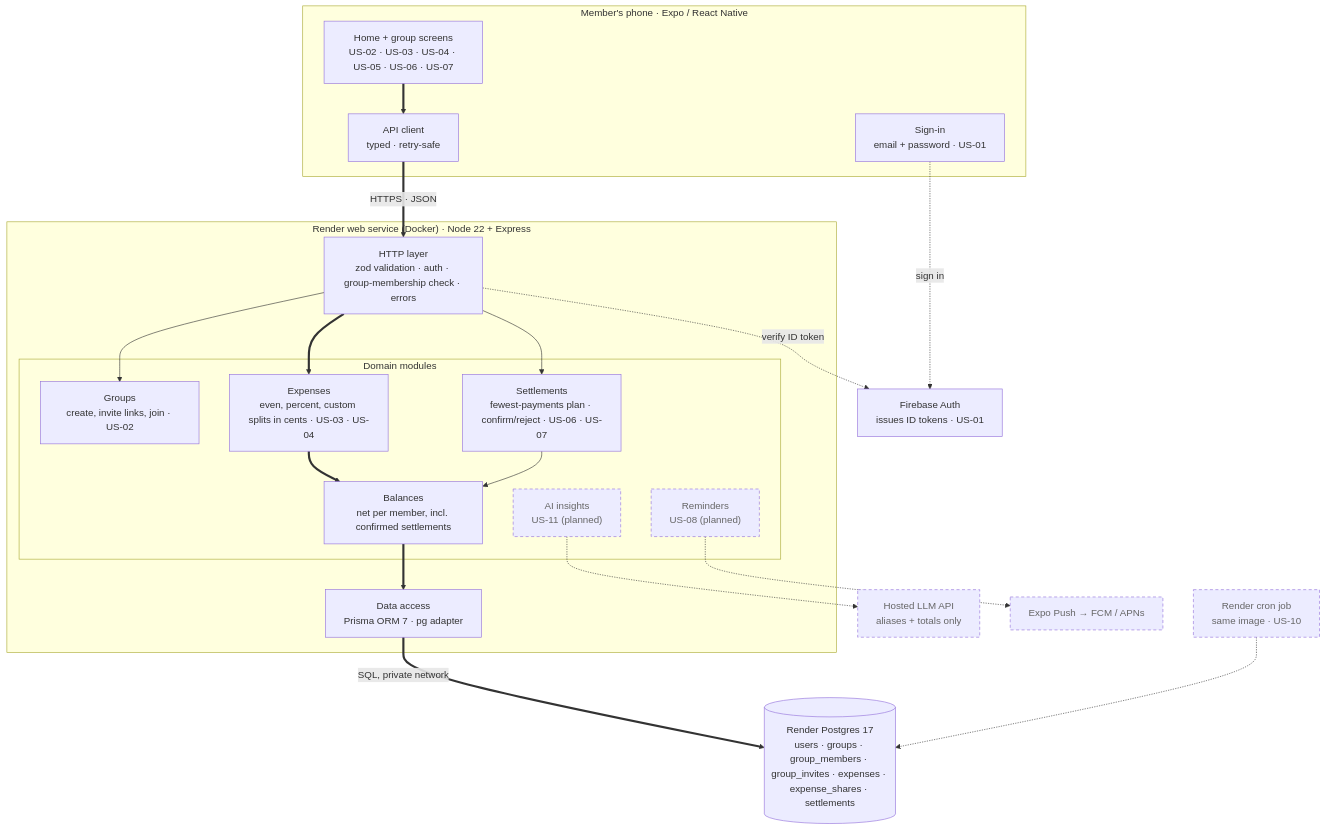
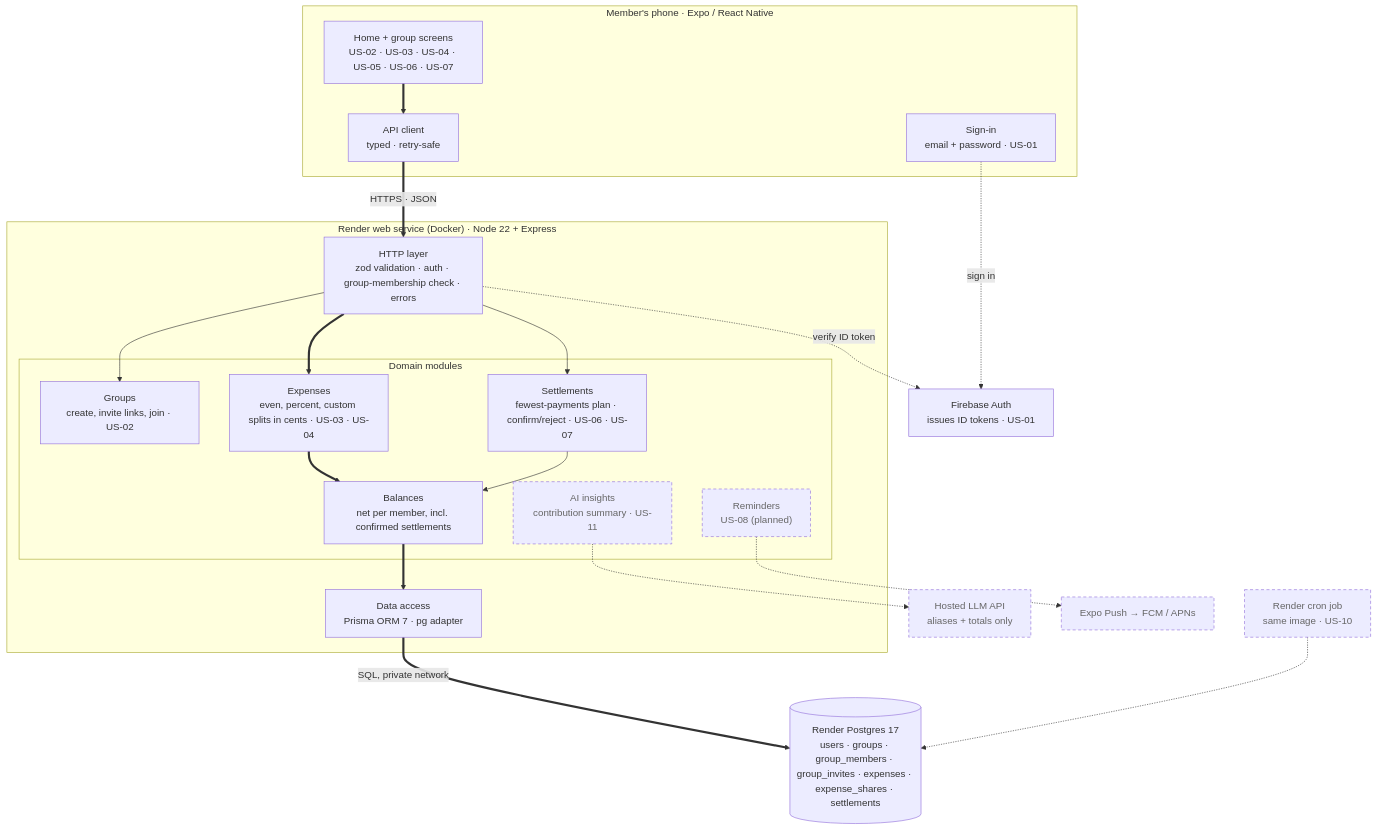
One commit to no-ad-technologies/BudgetSplit changed the diagram in docs/architecture.md. Above: the diagram before and after it, drawn with Mermaid. The commit also changed other lines of this file and 6 other files, not shown here.

````diff
--- a/docs/architecture.md
+++ b/docs/architecture.md
@@ -13,40 +13,40 @@
 ```mermaid
 flowchart TB
   subgraph phone["Member's phone · Expo / React Native"]
     GV["Home + group screens<br/>US-02 · US-03 · US-04 · US-05 · US-06 · US-07"]
     AC["API client<br/>typed · retry-safe"]
     SI["Sign-in<br/>email + password · US-01"]
   end
 
   subgraph api["Render web service (Docker) · Node 22 + Express"]
     HTTP["HTTP layer<br/>zod validation · auth · group-membership check · errors"]
     subgraph modules["Domain modules"]
       GR["Groups<br/>create, invite links, join · US-02"]
       EX["Expenses<br/>even, percent, custom splits in cents · US-03 · US-04"]
       BA["Balances<br/>net per member, incl. confirmed settlements"]
       ST["Settlements<br/>fewest-payments plan · confirm/reject · US-06 · US-07"]
-      AI["AI insights<br/>US-11 (planned)"]
+      AI["AI insights<br/>contribution summary · US-11"]
       RE["Reminders<br/>US-08 (planned)"]
     end
     DA["Data access<br/>Prisma ORM 7 · pg adapter"]
   end
 
   PG[("Render Postgres 17<br/>users · groups · group_members · group_invites · expenses · expense_shares · settlements")]
   FB["Firebase Auth<br/>issues ID tokens · US-01"]
   LLM["Hosted LLM API<br/>aliases + totals only"]
   PUSH["Expo Push → FCM / APNs"]
   CRON["Render cron job<br/>same image · US-10"]
 
   GV ==> AC ==>|HTTPS · JSON| HTTP ==> EX ==> BA ==> DA ==>|SQL, private network| PG
   HTTP --> GR
   HTTP --> ST
   ST --> BA
   SI -.->|sign in| FB
   HTTP -.->|verify ID token| FB
   AI -.-> LLM
   RE -.-> PUSH
   CRON -.-> PG
 
   classDef planned stroke-dasharray: 5 4,color:#666;
   class AI,RE,LLM,PUSH,CRON planned;
 ```
````
